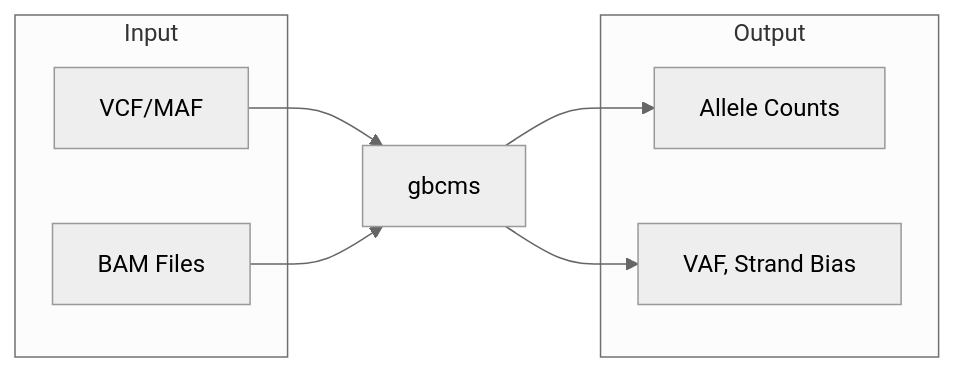
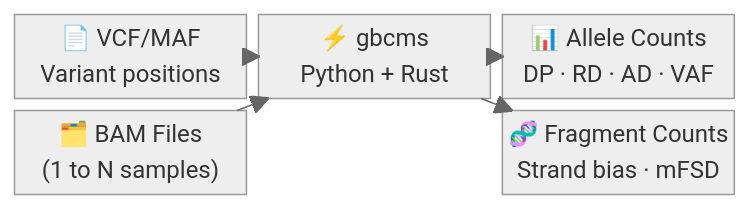
Before and after one commit to msk-access/gbcms: the first of 2 diagrams in docs/index.md, drawn with Mermaid (neutral theme). The commit also changed other lines of this file and 9 other files, not shown here.

````diff
--- a/docs/index.md
+++ b/docs/index.md
@@ -13,17 +13,15 @@
 ```mermaid
-flowchart LR
-    subgraph Input
-        VCF[VCF/MAF]
-        BAM[BAM Files]
-    end
-    
-    subgraph Output
-        Counts[Allele Counts]
-        Metrics[VAF, Strand Bias]
-    end
-    
-    VCF --> Engine[gbcms]
+block-beta
+    columns 3
+    VCF["📄 VCF/MAF\nVariant positions"]:1
+    Engine["⚡ gbcms\nPython + Rust"]:1
+    Counts["📊 Allele Counts\nDP · RD · AD · VAF"]:1
+    BAM["🗂️ BAM Files\n(1 to N samples)"]:1
+    space:1
+    Metrics["🧬 Fragment Counts\nStrand bias · mFSD"]:1
+
+    VCF --> Engine
     BAM --> Engine
     Engine --> Counts
     Engine --> Metrics
 ```
````
